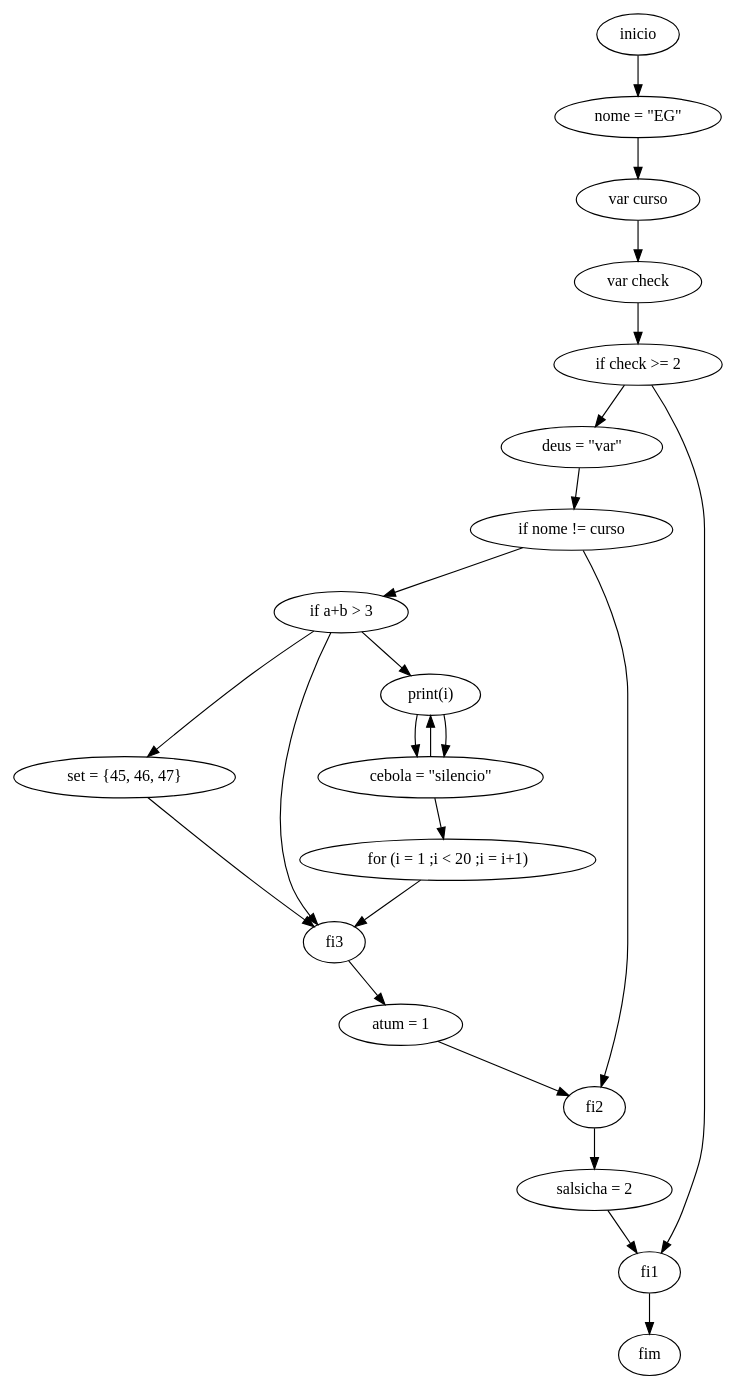
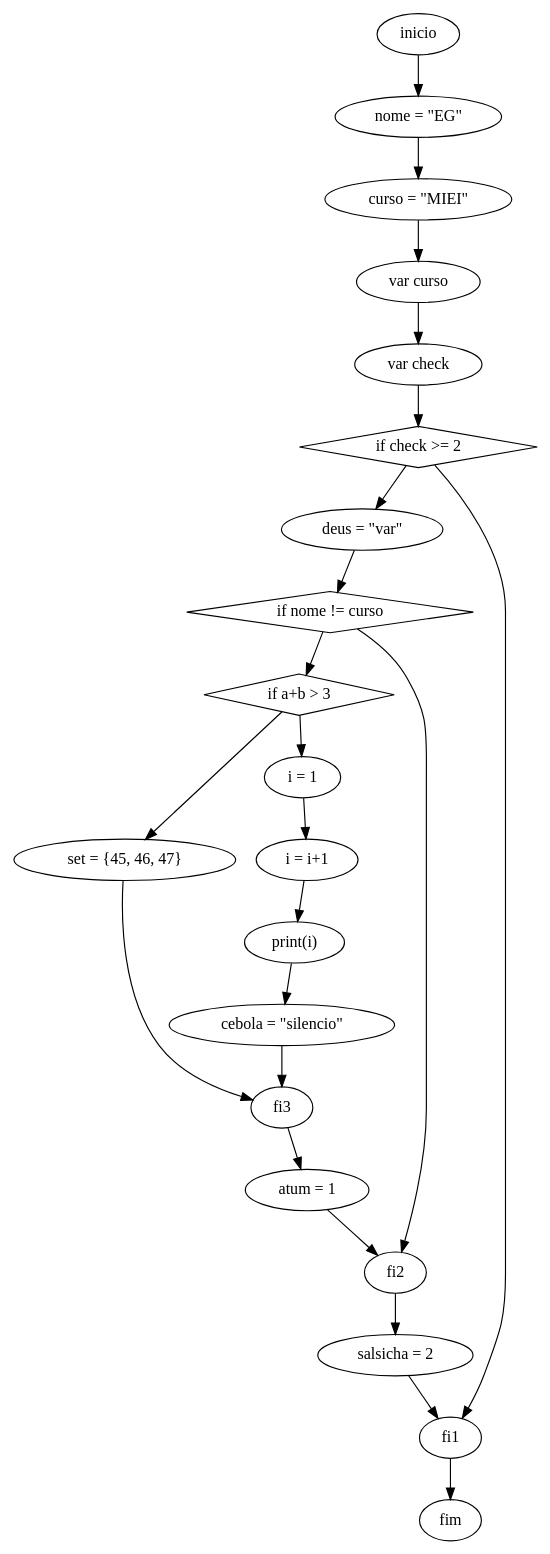
The diagram in TP3/graphs/graph.gv (mishlawi/MEI-EG-TrabalhosPraticos), drawn with Graphviz before and after one commit. The commit also changed 4 other files, not shown here.

```diff
--- a/TP3/graphs/graph.gv
+++ b/TP3/graphs/graph.gv
@@ -1,25 +1,27 @@
 digraph "graph" {
 	inicio -> "nome = \"EG\""
-	"nome = \"EG\"" -> "var curso"
+	"nome = \"EG\"" -> "curso = \"MIEI\""
+	"curso = \"MIEI\"" -> "var curso"
 	"var curso" -> "var check"
+	"if check >= 2" [shape=diamond]
 	"var check" -> "if check >= 2"
 	"if check >= 2" -> "deus = \"var\""
+	"if nome != curso" [shape=diamond]
 	"deus = \"var\"" -> "if nome != curso"
+	"if a+b > 3" [shape=diamond]
 	"if nome != curso" -> "if a+b > 3"
 	"if a+b > 3" -> "set = {45, 46, 47}"
-	"if a+b > 3" -> fi3
 	"set = {45, 46, 47}" -> fi3
-	"if a+b > 3" -> "print(i)"
+	"if a+b > 3" -> "i = 1"
+	"i = 1" -> "i = i+1"
+	"i = i+1" -> "print(i)"
 	"print(i)" -> "cebola = \"silencio\""
-	"cebola = \"silencio\"" -> "print(i)"
-	"print(i)" -> "cebola = \"silencio\""
-	"cebola = \"silencio\"" -> "for (i = 1 ;i < 20 ;i = i+1)"
-	"for (i = 1 ;i < 20 ;i = i+1)" -> fi3
+	"cebola = \"silencio\"" -> fi3
 	fi3 -> "atum = 1"
+	"atum = 1" -> fi2
 	"if nome != curso" -> fi2
-	"atum = 1" -> fi2
 	fi2 -> "salsicha = 2"
+	"salsicha = 2" -> fi1
 	"if check >= 2" -> fi1
-	"salsicha = 2" -> fi1
 	fi1 -> fim
 }
```
